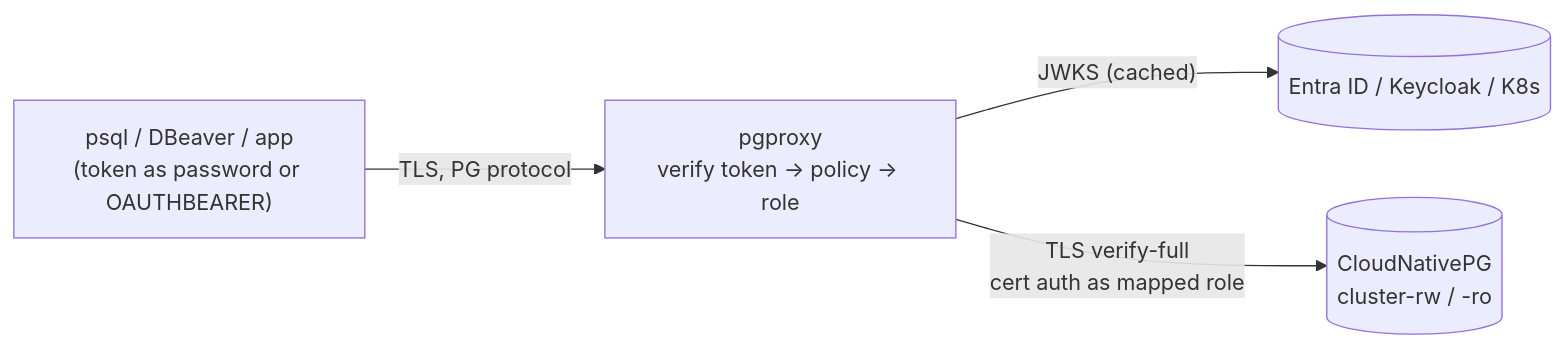
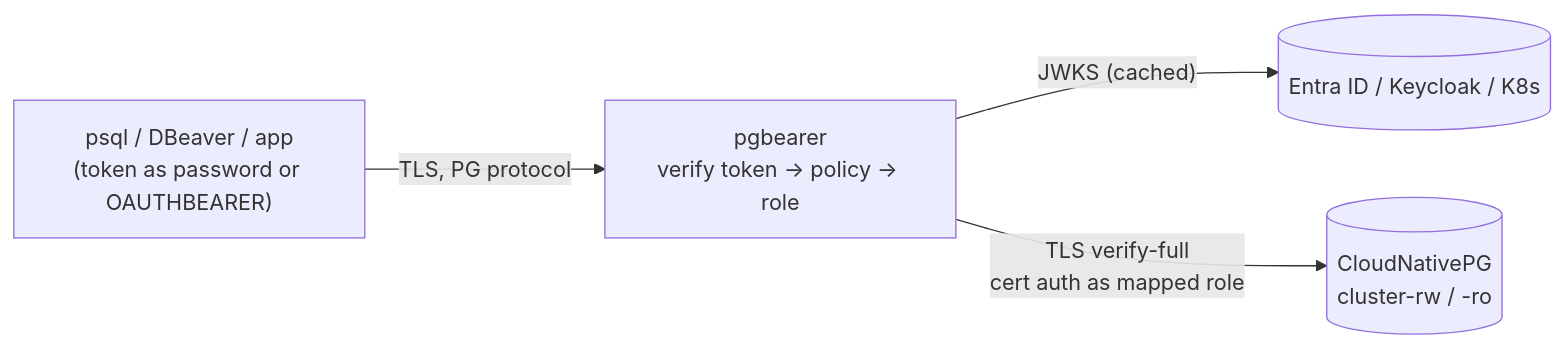
Before and after one commit to egkristi/pgbearer: the diagram in README.md, drawn with Mermaid. The commit also changed other lines of this file and 2 other files, not shown here.

First line of the commit message:
Rename project from pgproxy to pgbearer

````diff
--- a/README.md
+++ b/README.md
@@ -43,6 +46,6 @@
 ```mermaid
 flowchart LR
-    U["psql / DBeaver / app<br/>(token as password or OAUTHBEARER)"] -- "TLS, PG protocol" --> P["pgproxy<br/>verify token → policy → role"]
+    U["psql / DBeaver / app<br/>(token as password or OAUTHBEARER)"] -- "TLS, PG protocol" --> P["pgbearer<br/>verify token → policy → role"]
     P -- "JWKS (cached)" --> I[("Entra ID / Keycloak / K8s")]
     P -- "TLS verify-full<br/>cert auth as mapped role" --> C[("CloudNativePG<br/>cluster-rw / -ro")]
 ```
````
